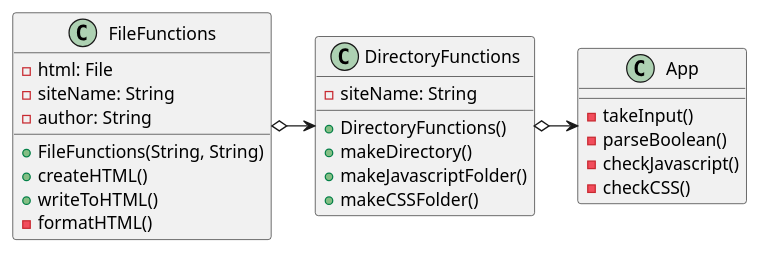
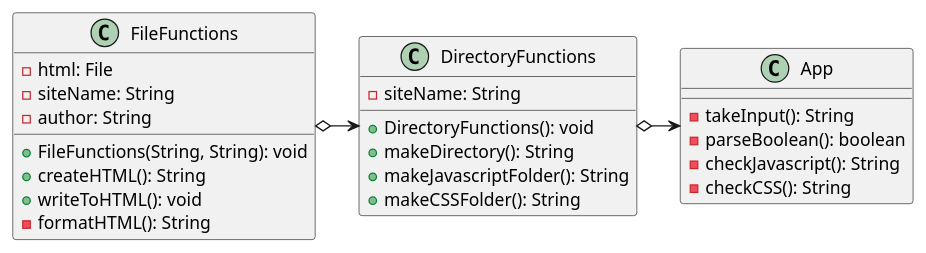
One commit to ivy-nguyen18/nguyen-cop3330-assignment3 changed the diagram in src/main/resources/ex43/WebsiteGenerator.puml. Above: the diagram before and after it, drawn with PlantUML. The commit also changed 7 other files, not shown here.

Commit message:
redo plantUML

```diff
--- a/src/main/resources/ex43/WebsiteGenerator.puml
+++ b/src/main/resources/ex43/WebsiteGenerator.puml
@@ -1,34 +1,34 @@
 @startuml
 'https://plantuml.com/class-diagram
 
 FileFunctions o-> DirectoryFunctions
 DirectoryFunctions o-> App
 
 class DirectoryFunctions {
     - siteName: String
 
-    + DirectoryFunctions()
-    + makeDirectory()
-    + makeJavascriptFolder()
-    + makeCSSFolder()
+    + DirectoryFunctions(): void
+    + makeDirectory(): String
+    + makeJavascriptFolder(): String
+    + makeCSSFolder(): String
 }
 
 class FileFunctions{
     - html: File
     - siteName: String
     - author: String
 
-    + FileFunctions(String, String)
-    + createHTML()
-    + writeToHTML()
-    - formatHTML()
+    + FileFunctions(String, String): void
+    + createHTML(): String
+    + writeToHTML(): void
+    - formatHTML(): String
 }
 
 class App{
-    - takeInput()
-    - parseBoolean()
-    - checkJavascript()
-    - checkCSS()
+    - takeInput(): String
+    - parseBoolean(): boolean
+    - checkJavascript(): String
+    - checkCSS(): String
 }
 
 @enduml
```
